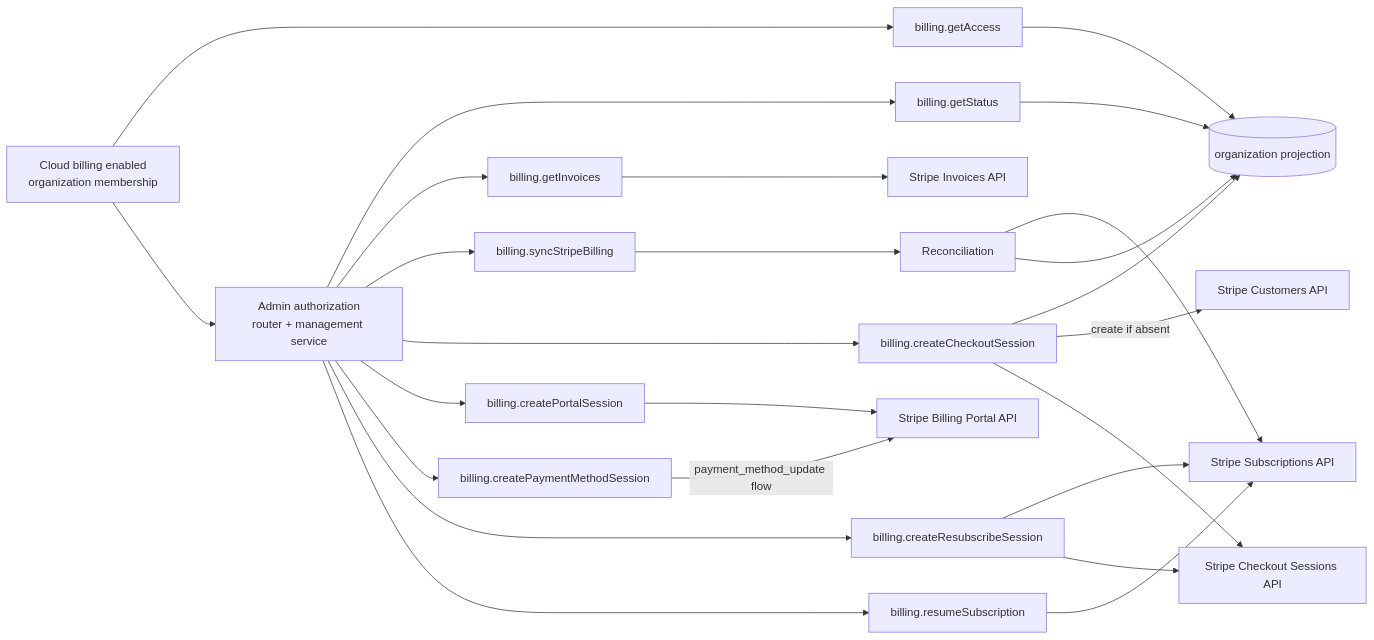
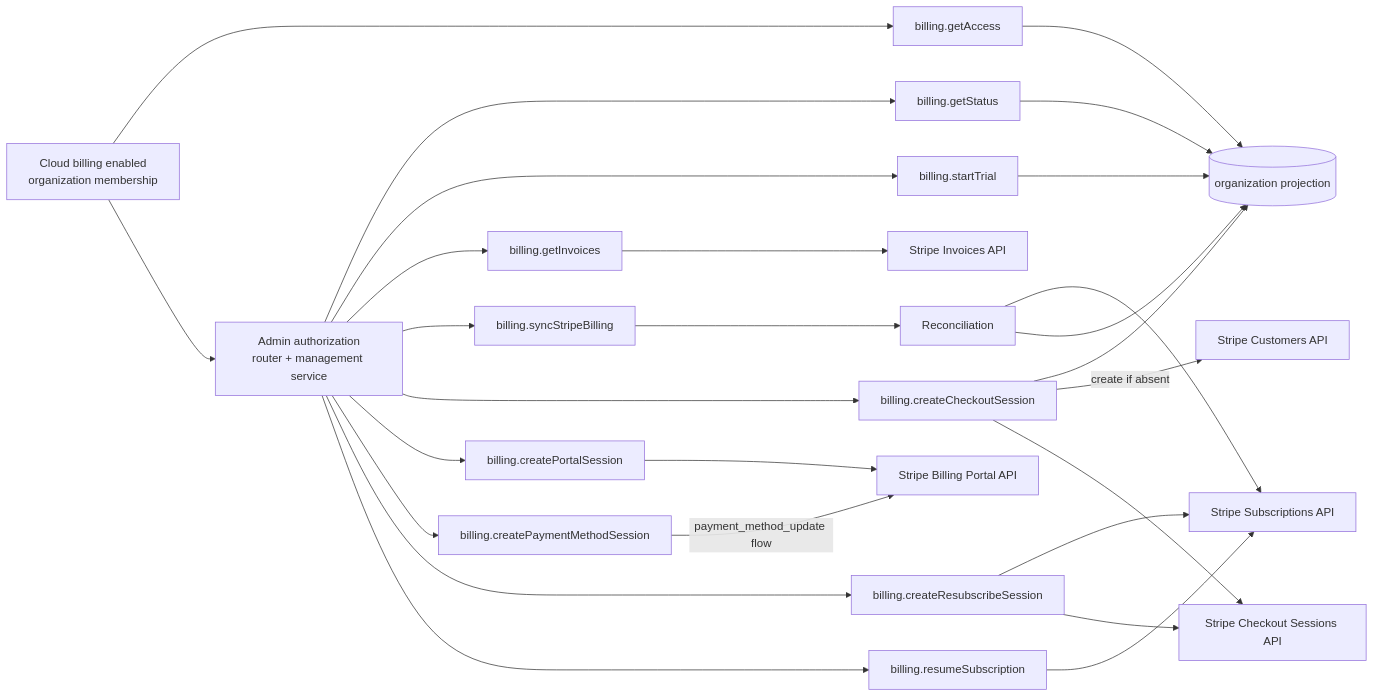
One commit to getnao/nao changed the fifth of 13 diagrams in apps/backend/docs/cloud-billing-stripe.md. Above: the diagram before and after it, drawn with Mermaid. The commit also changed other lines of this file and 10 other files, not shown here.

Commit message:
no automatic trial starts, simplified billing page and updated plan regarding organization and onboarding

````diff
--- a/apps/backend/docs/cloud-billing-stripe.md
+++ b/apps/backend/docs/cloud-billing-stripe.md
@@ -293,41 +293,43 @@
 ```mermaid
 flowchart LR
     MemberGuard["Cloud billing enabled<br/>organization membership"]
     AdminGuard["Admin authorization<br/>router + management service"]
 
     AccessSummary["billing.getAccess"]
     Status["billing.getStatus"]
+    StartTrial["billing.startTrial"]
     Invoices["billing.getInvoices"]
     Sync["billing.syncStripeBilling"]
     Checkout["billing.createCheckoutSession"]
     Portal["billing.createPortalSession"]
     Payment["billing.createPaymentMethodSession"]
     Resubscribe["billing.createResubscribeSession"]
     Resume["billing.resumeSubscription"]
 
     Organization[("organization projection")]
     Reconcile["Reconciliation"]
     CustomerAPI["Stripe Customers API"]
     CheckoutAPI["Stripe Checkout Sessions API"]
     PortalAPI["Stripe Billing Portal API"]
     InvoiceAPI["Stripe Invoices API"]
     SubscriptionAPI["Stripe Subscriptions API"]
 
     MemberGuard --> AccessSummary --> Organization
     MemberGuard --> AdminGuard
     AdminGuard --> Status --> Organization
+    AdminGuard --> StartTrial --> Organization
     AdminGuard --> Invoices --> InvoiceAPI
     AdminGuard --> Sync --> Reconcile
     AdminGuard --> Checkout
     Checkout --> Organization
     Checkout -->|"create if absent"| CustomerAPI
     Checkout --> CheckoutAPI
     AdminGuard --> Portal --> PortalAPI
     AdminGuard --> Payment -->|"payment_method_update flow"| PortalAPI
     AdminGuard --> Resubscribe
     Resubscribe --> SubscriptionAPI
     Resubscribe --> CheckoutAPI
     AdminGuard --> Resume --> SubscriptionAPI
     Reconcile --> SubscriptionAPI
     Reconcile --> Organization
 ```
````
